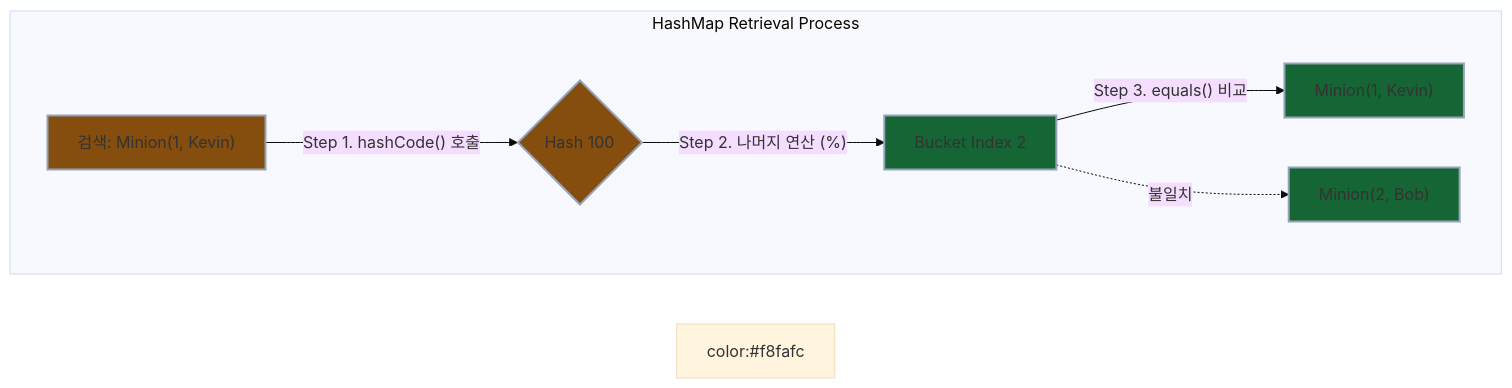
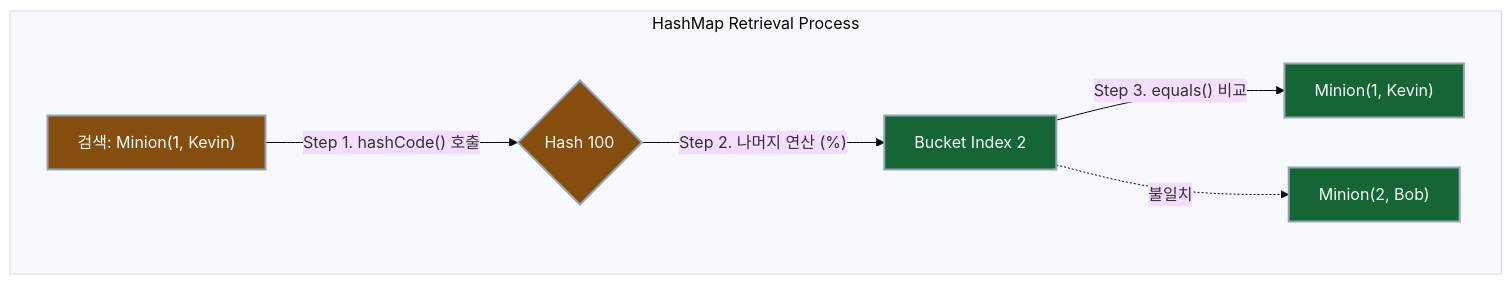
One commit to Kang-Hyesung/kang-hyesung.github.io changed the second of 2 diagrams in _posts/java/08-gc/2026-01-21-object-클래스와-동등성,-동일성.md. Above: the diagram before and after it, drawn with Mermaid (base theme). The commit also changed other lines of this file and 2 other files, not shown here.

Commit message:
fix: correct mermaid color syntax

````diff
--- a/_posts/java/08-gc/2026-01-21-object-클래스와-동등성,-동일성.md
+++ b/_posts/java/08-gc/2026-01-21-object-클래스와-동등성,-동일성.md
@@ -185,27 +185,27 @@
 ```mermaid
 flowchart LR
     subgraph RetrievalProcess [HashMap Retrieval Process]
         direction LR
         %% 노드 정의
         Search["검색: Minion(1, Kevin)"]
         HashResult{"Hash 100"}
         Bucket2["Bucket Index 2"]
        
         Item1["Minion(1, Kevin)"]
         Item2["Minion(2, Bob)"]
 
         %% 연결 로직 (숫자로 시작하지 않도록 수정)
         Search -->|"Step 1. hashCode() 호출"| HashResult
         HashResult -->|"Step 2. 나머지 연산 (%)"| Bucket2
        
         Bucket2 -->|"Step 3. equals() 비교"| Item1
         Bucket2 -.->|"불일치"| Item2
     end
 
     %% 스타일 정의
-    classDef yellow fill:#854d0e,stroke:#94a3b8,stroke-width:2px;color:#f8fafc;
-    classDef green fill:#166534,stroke:#94a3b8,stroke-width:2px;color:#f8fafc;
+    classDef yellow fill:#854d0e,stroke:#94a3b8,stroke-width:2px,color:#f8fafc;
+    classDef green fill:#166534,stroke:#94a3b8,stroke-width:2px,color:#f8fafc;
 
     class Search,HashResult yellow;
     class Bucket2,Item1,Item2 green;
 ```
````
